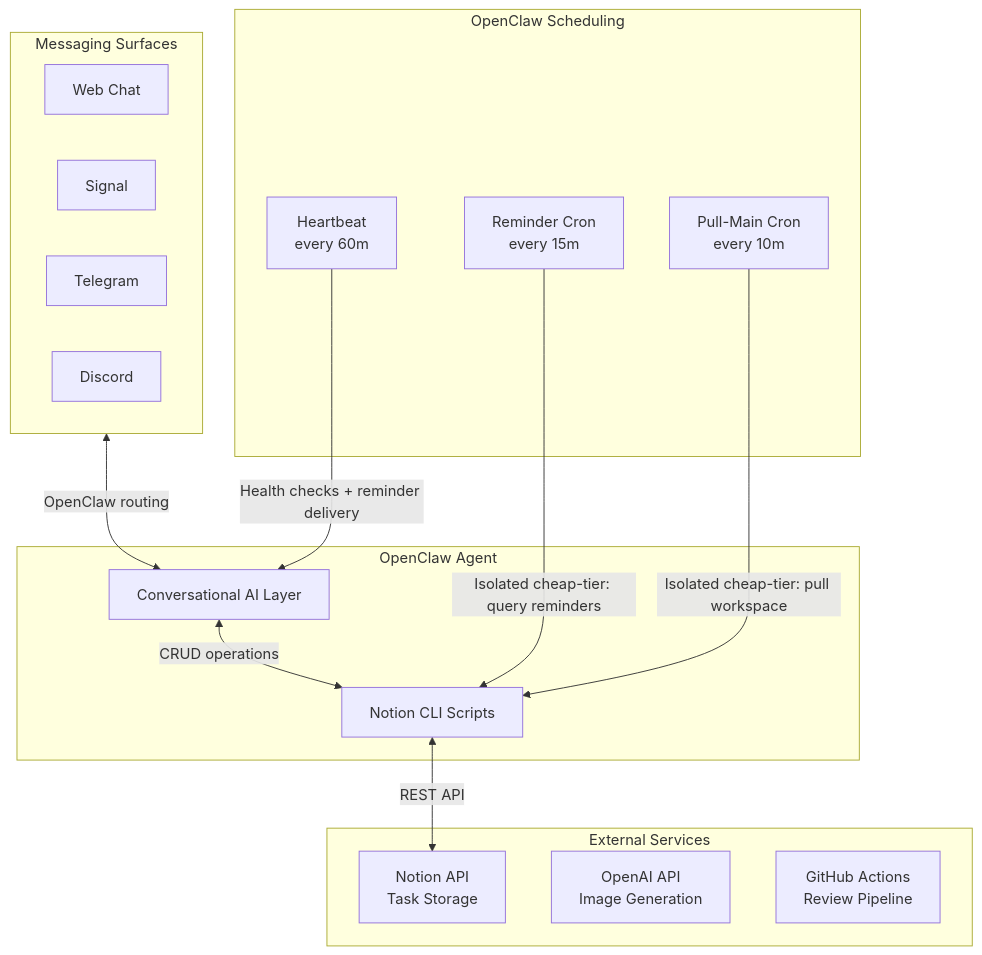
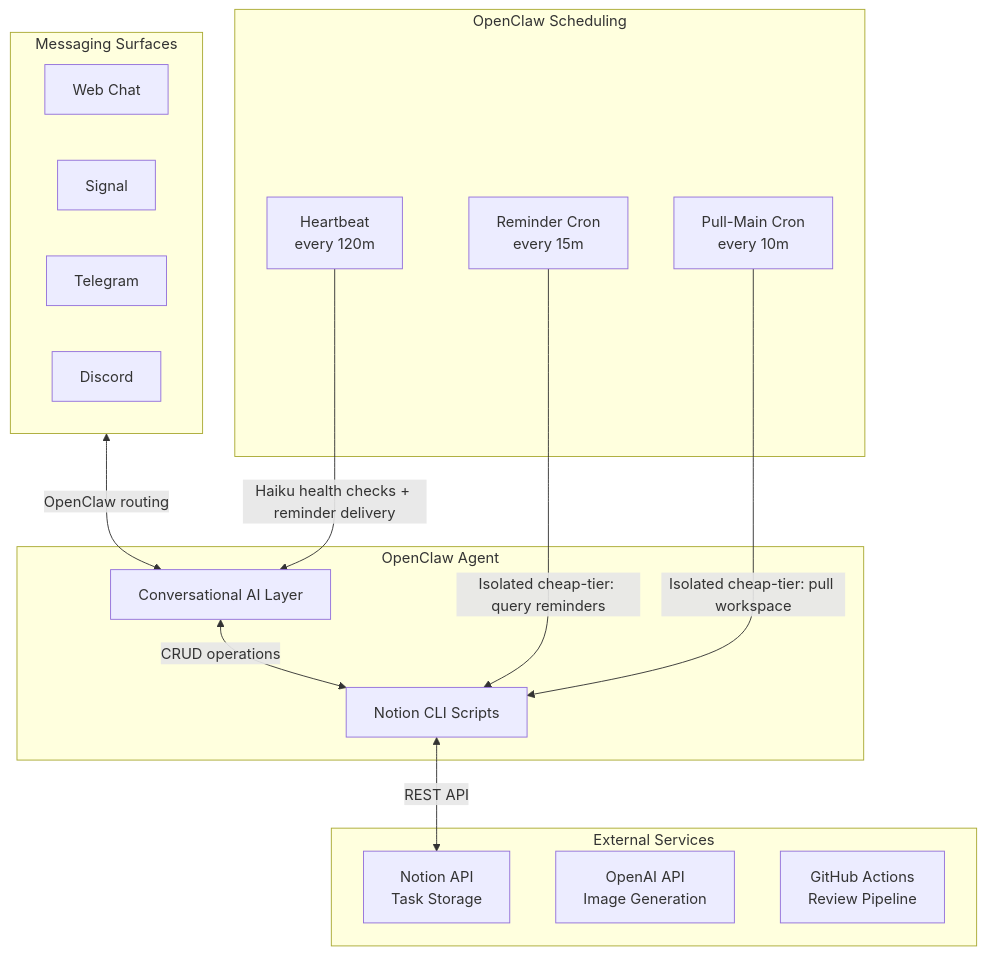
The first of 6 diagrams in docs/architecture.md (NickBorgersProbably/hide-my-list), drawn with Mermaid before and after one commit. The commit also changed other lines of this file and 15 other files, not shown here.

Commit message:
Decouple heartbeat and reminder delivery models

````diff
--- a/docs/architecture.md
+++ b/docs/architecture.md
@@ -16,33 +16,33 @@
 ```mermaid
 flowchart TB
     subgraph Agent["OpenClaw Agent"]
         AI[Conversational AI Layer]
         Scripts[Notion CLI Scripts]
     end
 
     subgraph Scheduling["OpenClaw Scheduling"]
-        Heartbeat[Heartbeat<br/>every 60m]
+        Heartbeat[Heartbeat<br/>every 120m]
         ReminderCron[Reminder Cron<br/>every 15m]
         PullMainCron[Pull-Main Cron<br/>every 10m]
     end
 
     subgraph Messaging["Messaging Surfaces"]
         Web[Web Chat]
         Signal[Signal]
         Telegram[Telegram]
         Discord[Discord]
     end
 
     subgraph External["External Services"]
         Notion[Notion API<br/>Task Storage]
         OpenAI[OpenAI API<br/>Image Generation]
         GitHub[GitHub Actions<br/>Review Pipeline]
     end
 
     Messaging <-->|OpenClaw routing| AI
     AI <-->|CRUD operations| Scripts
     Scripts <-->|REST API| Notion
     ReminderCron -->|Isolated cheap-tier: query reminders| Scripts
     PullMainCron -->|Isolated cheap-tier: pull workspace| Scripts
-    Heartbeat -->|Health checks + reminder delivery| AI
+    Heartbeat -->|Haiku health checks + reminder delivery| AI
 ```
````
